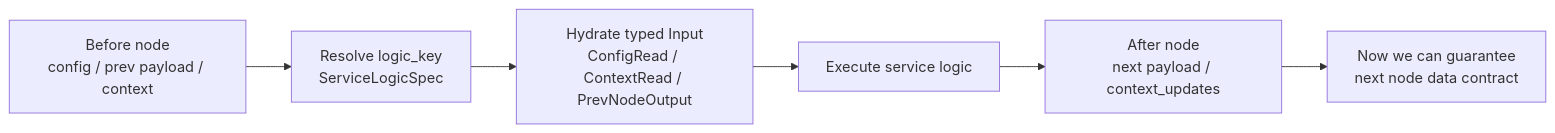
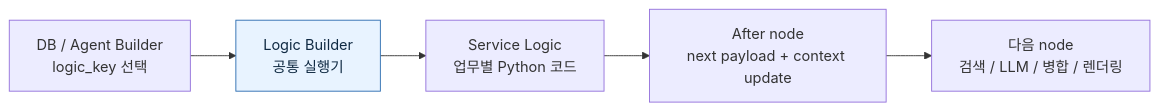
One commit to djoo-lgcns/dotfiles changed the first of 8 diagrams in README.md. Above: the diagram before and after it, drawn with Mermaid. The commit also changed other lines of this file, not shown here.

````diff
--- a/README.md
+++ b/README.md
@@ -16,8 +14,10 @@
 ```mermaid
 flowchart LR
-  B["Before node<br/>config / prev payload / context"] --> R["Resolve logic_key<br/>ServiceLogicSpec"]
-  R --> H["Hydrate typed Input<br/>ConfigRead / ContextRead / PrevNodeOutput"]
-  H --> E["Execute service logic"]
-  E --> A["After node<br/>next payload / context_updates"]
-  A --> G["Now we can guarantee<br/>next node data contract"]
+  DB["DB / Agent Builder<br/>logic_key 선택"] --> LB["Logic Builder<br/>공통 실행기"]
+  LB --> LOGIC["Service Logic<br/>업무별 Python 코드"]
+  LOGIC --> OUT["After node<br/>next payload + context update"]
+  OUT --> NEXT["다음 node<br/>검색 / LLM / 병합 / 렌더링"]
+
+  classDef focus fill:#e8f3ff,stroke:#2b6cb0,color:#102a43
+  class LB focus
 ```
````
